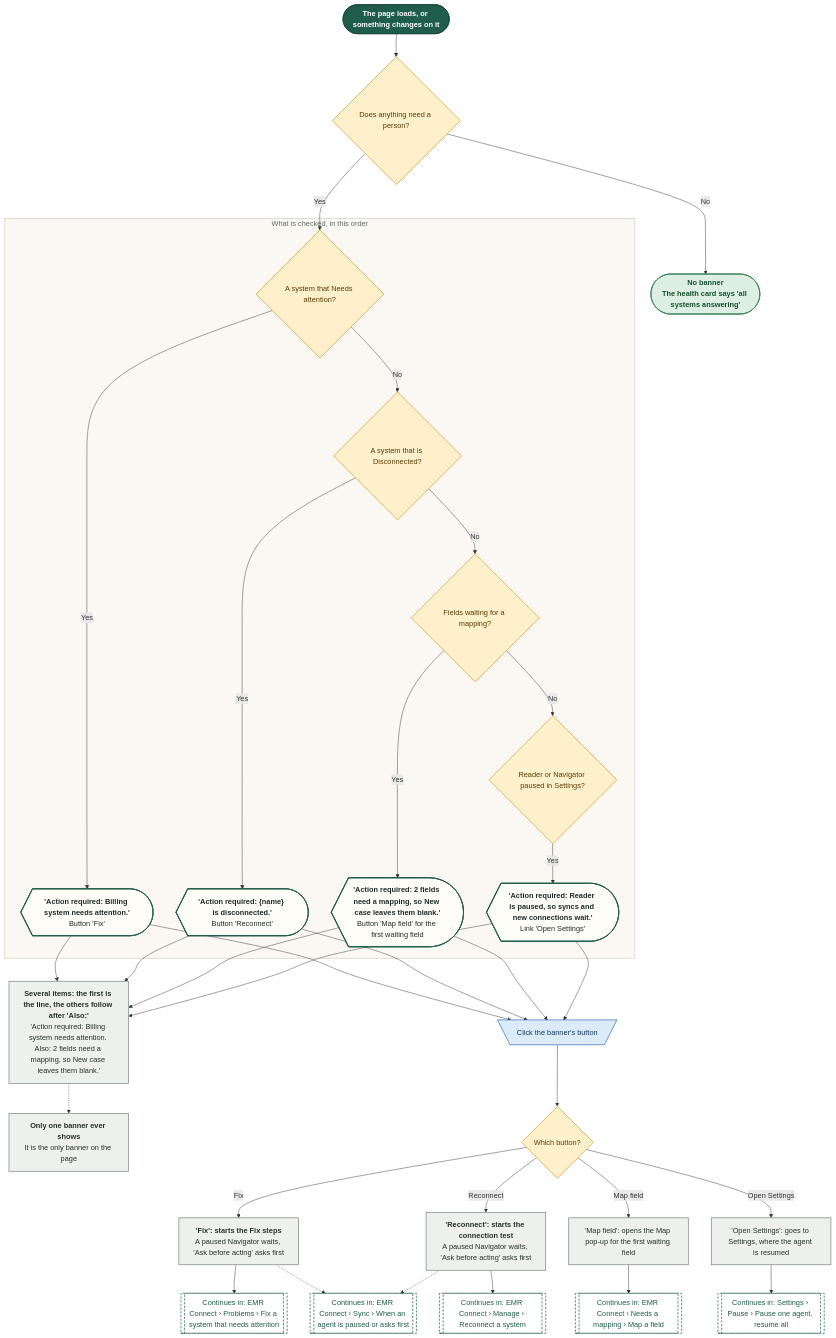
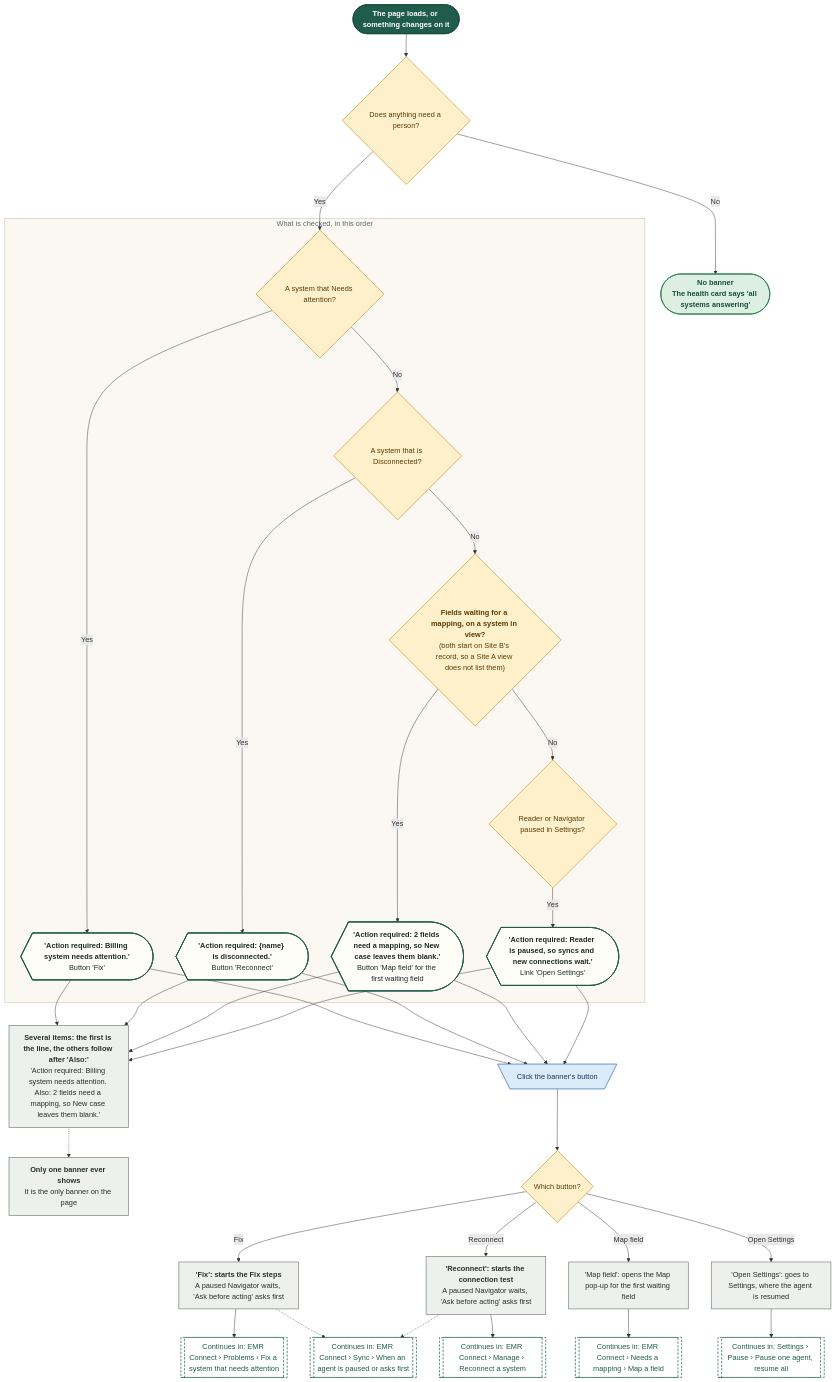
Before and after one commit to Shrav143/psyfloapp: the fifth of 21 diagrams in demos/prior-auth-demo/workflows/out/md/09-emr-connect.md, drawn with Mermaid. The commit also changed other lines of this file and 251 other files, not shown here.

First line of the commit message:
docs: rebuild the workflow diagrams (291) for round 4

````diff
--- a/demos/prior-auth-demo/workflows/out/md/09-emr-connect.md
+++ b/demos/prior-auth-demo/workflows/out/md/09-emr-connect.md
@@ -268,72 +350,72 @@
 ```mermaid
 %%{init: {"theme":"base","themeVariables":{"fontFamily":"'DM Sans', 'Segoe UI', system-ui, sans-serif","fontSize":"15px","lineColor":"#5B6B63","primaryTextColor":"#1C2B25","clusterBkg":"#FBF8F3","clusterBorder":"#D9CDBB","edgeLabelBackground":"#FFFFFF"},"flowchart":{"curve":"basis","nodeSpacing":36,"rankSpacing":48,"padding":12,"htmlLabels":true,"useMaxWidth":false,"wrappingWidth":230}} }%%
 flowchart TD
   classDef k_start fill:#1F5C4B,stroke:#174638,color:#FFFFFF,stroke-width:1.5px,font-weight:600
   classDef k_end fill:#DDEFE3,stroke:#2E7D4F,color:#14502F,stroke-width:1.5px,font-weight:600
   classDef k_endx fill:#FBE3E0,stroke:#C0392B,color:#7A1F16,stroke-width:1.5px,font-weight:600
   classDef k_screen fill:#FFFDF8,stroke:#1F5C4B,color:#1C2B25,stroke-width:2px
   classDef k_overlay fill:#F1F7F3,stroke:#1F5C4B,color:#1C2B25,stroke-width:2px,stroke-dasharray:5 3
   classDef k_click fill:#DCEBFA,stroke:#2F6DB5,color:#12365F,stroke-width:1.5px
   classDef k_input fill:#E4E7FF,stroke:#4C5FD5,color:#1D2670,stroke-width:1.5px
   classDef k_process fill:#EEF0EE,stroke:#7A857F,color:#26302B,stroke-width:1.5px
   classDef k_agent fill:#EEE5FA,stroke:#7A4FC2,color:#341A63,stroke-width:1.5px
   classDef k_decision fill:#FFF0CC,stroke:#D9962B,color:#5C3B00,stroke-width:1.5px
   classDef k_store fill:#D5F0EA,stroke:#1C8E7B,color:#0B4A3F,stroke-width:1.5px
   classDef k_doc fill:#F6E9DC,stroke:#B07A4C,color:#4A2E14,stroke-width:1.5px
   classDef k_ext fill:#FFE6D2,stroke:#E07B39,color:#6B2F06,stroke-width:1.5px
   classDef k_wait fill:#E4E8EE,stroke:#6B7C93,color:#26303D,stroke-width:1.5px
   classDef k_toast fill:#FFF9DB,stroke:#C9A400,color:#5A4A00,stroke-width:1.5px
   classDef k_goto fill:#FFFFFF,stroke:#1F5C4B,color:#1F5C4B,stroke-width:1.5px,stroke-dasharray:5 3
   s1@{ shape: stadium, label: "The page loads, or something changes on it" }
   q1@{ shape: diam, label: "Does anything need a person?" }
   e0@{ shape: stadium, label: "<b>No banner</b><br/>The health card says 'all systems answering'" }
   subgraph gItems ["What is checked, in this order"]
   q2@{ shape: diam, label: "A system that Needs attention?" }
   i1@{ shape: curv-trap, label: "<b>'Action required: Billing system needs attention.'</b><br/>Button 'Fix'" }
   q3@{ shape: diam, label: "A system that is Disconnected?" }
   i2@{ shape: curv-trap, label: "<b>'Action required: {name} is disconnected.'</b><br/>Button 'Reconnect'" }
-  q4@{ shape: diam, label: "Fields waiting for a mapping?" }
+  q4@{ shape: diam, label: "<b>Fields waiting for a mapping, on a system in view?</b><br/>(both start on Site B's record, so a Site A view does not list them)" }
   i3@{ shape: curv-trap, label: "<b>'Action required: 2 fields need a mapping, so New case leaves them blank.'</b><br/>Button 'Map field' for the first waiting field" }
   q5@{ shape: diam, label: "Reader or Navigator paused in Settings?" }
   i4@{ shape: curv-trap, label: "<b>'Action required: Reader is paused, so syncs and new connections wait.'</b><br/>Link 'Open Settings'" }
   end
   p1@{ shape: rect, label: "<b>Several items: the first is the line, the others follow after 'Also:'</b><br/>'Action required: Billing system needs attention. Also: 2 fields need a mapping, so New case leaves them blank.'" }
   p2@{ shape: rect, label: "<b>Only one banner ever shows</b><br/>It is the only banner on the page" }
   k1@{ shape: trap-t, label: "Click the banner's button" }
   q6@{ shape: diam, label: "Which button?" }
   b1@{ shape: rect, label: "<b>'Fix': starts the Fix steps</b><br/>A paused Navigator waits, 'Ask before acting' asks first" }
   b2@{ shape: rect, label: "<b>'Reconnect': starts the connection test</b><br/>A paused Navigator waits, 'Ask before acting' asks first" }
   b3@{ shape: rect, label: "'Map field': opens the Map pop-up for the first waiting field" }
   b4@{ shape: rect, label: "'Open Settings': goes to Settings, where the agent is resumed" }
   g1@{ shape: subproc, label: "Continues in: EMR Connect › Problems › Fix a system that needs attention" }
   g2@{ shape: subproc, label: "Continues in: EMR Connect › Manage › Reconnect a system" }
   g3@{ shape: subproc, label: "Continues in: EMR Connect › Needs a mapping › Map a field" }
   g4@{ shape: subproc, label: "Continues in: Settings › Pause › Pause one agent, resume all" }
   g5@{ shape: subproc, label: "Continues in: EMR Connect › Sync › When an agent is paused or asks first" }
   s1 --> q1
   q1 -->|"No"| e0
   q1 -->|"Yes"| q2
   q2 -->|"Yes"| i1
   q2 -->|"No"| q3
   q3 -->|"Yes"| i2
   q3 -->|"No"| q4
   q4 -->|"Yes"| i3
   q4 -->|"No"| q5
   q5 -->|"Yes"| i4
   i1 & i2 & i3 & i4 --> p1
   p1 -.-> p2
   i1 & i2 & i3 & i4 --> k1 --> q6
   q6 -->|"Fix"| b1 --> g1
   q6 -->|"Reconnect"| b2 --> g2
   q6 -->|"Map field"| b3 --> g3
   q6 -->|"Open Settings"| b4 --> g4
   b1 & b2 -.-> g5
   class s1 k_start
   class q1,q2,q3,q4,q5,q6 k_decision
   class e0 k_end
   class i1,i2,i3,i4 k_screen
   class p1,p2,b1,b2,b3,b4 k_process
   class k1 k_click
   class g1,g2,g3,g4,g5 k_goto
   style gItems fill:#FBF8F3,stroke:#D9CDBB,stroke-width:1.5px,color:#5B6B63
 ```
````
